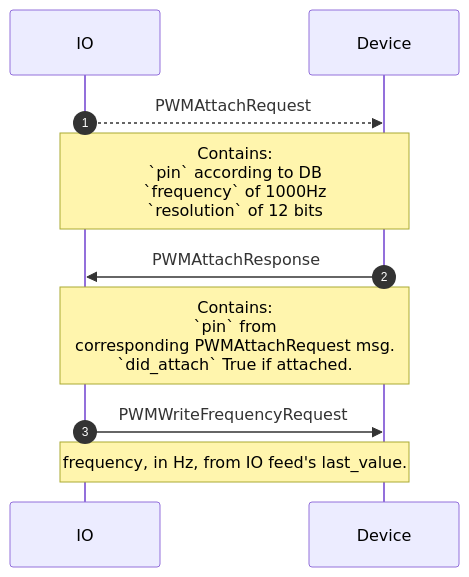
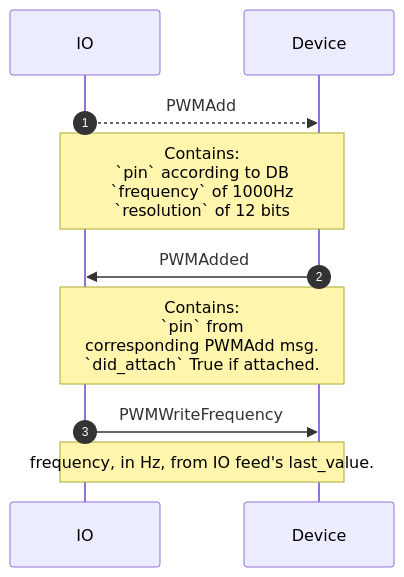
One commit to adafruit/Wippersnapper_Protobuf changed the tenth of 10 diagrams in proto/wippersnapper/docs/pwm.md. Above: the diagram before and after it, drawn with Mermaid. The commit also changed other lines of this file and 6 other files, not shown here.

````diff
--- a/proto/wippersnapper/docs/pwm.md
+++ b/proto/wippersnapper/docs/pwm.md
@@ -123,13 +123,13 @@
 ```mermaid
 sequenceDiagram
 autonumber
 
-IO-->>Device: PWMAttachRequest
+IO-->>Device: PWMAdd
 Note over IO, Device: Contains:<br> `pin` according to DB<br>`frequency` of 1000Hz<br> `resolution` of 12 bits
 
-Device->>IO: PWMAttachResponse
-Note over IO, Device: Contains:<br> `pin` from <br>corresponding PWMAttachRequest msg. <br>`did_attach` True if attached.
+Device->>IO: PWMAdded
+Note over IO, Device: Contains:<br> `pin` from <br>corresponding PWMAdd msg. <br>`did_attach` True if attached.
 
-IO->>Device: PWMWriteFrequencyRequest
+IO->>Device: PWMWriteFrequency
 Note over IO, Device: frequency, in Hz, from IO feed's last_value.
 ```
````
